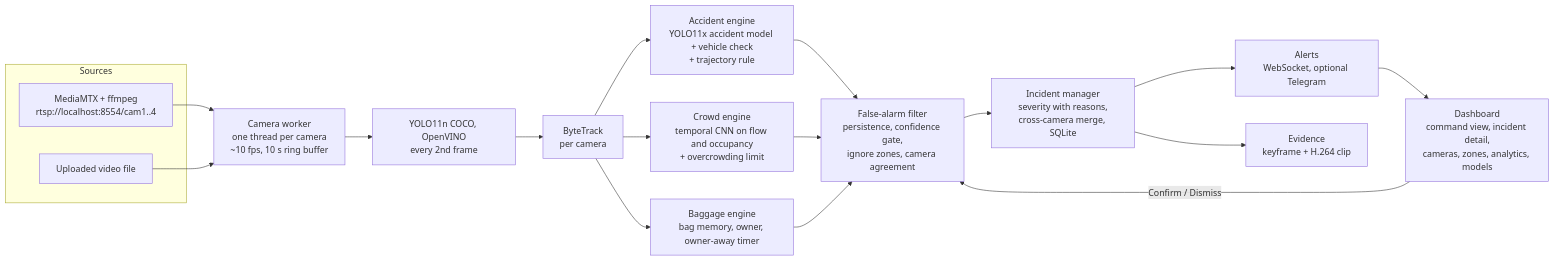
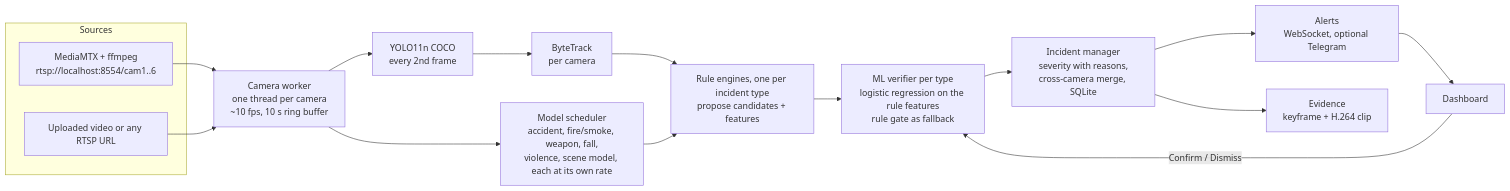
One commit to sswayamshheth/Aether-hackathon changed the diagram in README.md. Above: the diagram before and after it, drawn with Mermaid. The commit also changed other lines of this file and 37 other files, not shown here.

First line of the commit message:
Nine incident families on every camera, ML verifier layer, macOS support

````diff
--- a/README.md
+++ b/README.md
@@ -15,22 +21,20 @@
 ```mermaid
 flowchart LR
   subgraph Sources
-    A[MediaMTX + ffmpeg<br/>rtsp://localhost:8554/cam1..4]
-    B[Uploaded video file]
+    A[MediaMTX + ffmpeg<br/>rtsp://localhost:8554/cam1..6]
+    B[Uploaded video or any RTSP URL]
   end
   A --> W[Camera worker<br/>one thread per camera<br/>~10 fps, 10 s ring buffer]
   B --> W
-  W --> D[YOLO11n COCO, OpenVINO<br/>every 2nd frame]
+  W --> D[YOLO11n COCO<br/>every 2nd frame]
   D --> T[ByteTrack<br/>per camera]
-  T --> E1[Accident engine<br/>YOLO11x accident model + vehicle check<br/>+ trajectory rule]
-  T --> E2[Crowd engine<br/>temporal CNN on flow and occupancy<br/>+ overcrowding limit]
-  T --> E3[Baggage engine<br/>bag memory, owner, owner-away timer]
-  E1 --> F[False-alarm filter<br/>persistence, confidence gate,<br/>ignore zones, camera agreement]
-  E2 --> F
-  E3 --> F
+  W --> X[Model scheduler<br/>accident, fire/smoke, weapon, fall,<br/>violence, scene model, each at its own rate]
+  T --> E[Rule engines, one per incident type<br/>propose candidates + features]
+  X --> E
+  E --> F[ML verifier per type<br/>logistic regression on the rule features<br/>rule gate as fallback]
   F --> M[Incident manager<br/>severity with reasons,<br/>cross-camera merge, SQLite]
   M --> H[Alerts<br/>WebSocket, optional Telegram]
   M --> V[Evidence<br/>keyframe + H.264 clip]
-  H --> UI[Dashboard<br/>command view, incident detail,<br/>cameras, zones, analytics, models]
+  H --> UI[Dashboard]
   UI -- Confirm / Dismiss --> F
 ```
````
